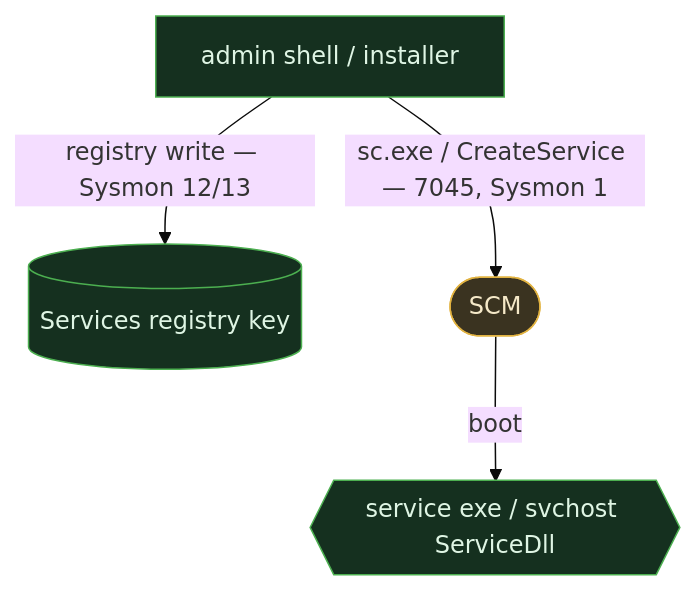
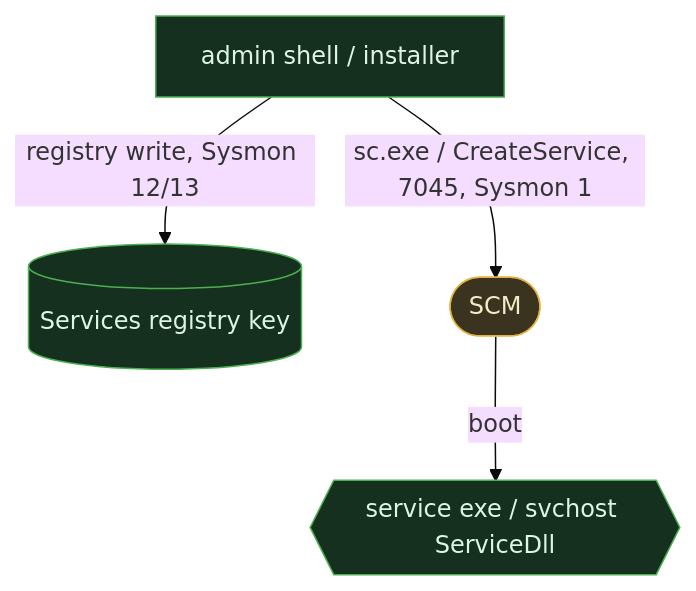
The second of 4 diagrams in src/persistence/01-service-daemon.md (iimp0ster/os-internals-de-guide), drawn with Mermaid (base theme) before and after one commit. The commit also changed other lines of this file and 53 other files, not shown here.

````diff
--- a/src/persistence/01-service-daemon.md
+++ b/src/persistence/01-service-daemon.md
@@ -56,8 +53,8 @@
 ```mermaid
 flowchart TB
-    P["admin shell / installer"]:::seen -->|"registry write — Sysmon 12/13"| CFG[("Services registry key")]:::seen
-    P -->|"sc.exe / CreateService — 7045, Sysmon 1"| MGR(["SCM"]):::part
+    P["admin shell / installer"]:::seen -->|"registry write, Sysmon 12/13"| CFG[("Services registry key")]:::seen
+    P -->|"sc.exe / CreateService, 7045, Sysmon 1"| MGR(["SCM"]):::part
     MGR -->|"boot"| PAY{{"service exe / svchost ServiceDll"}}:::seen
     classDef seen fill:#15301f,stroke:#4caf50,color:#dff5e4;
     classDef part fill:#3a3320,stroke:#e2b341,color:#f5e9c8;
 ```
````
